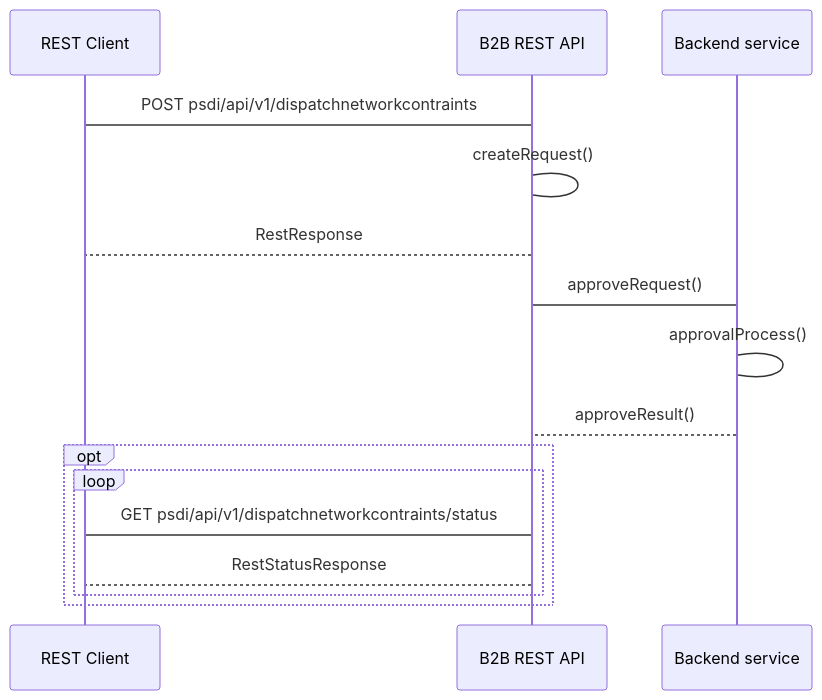
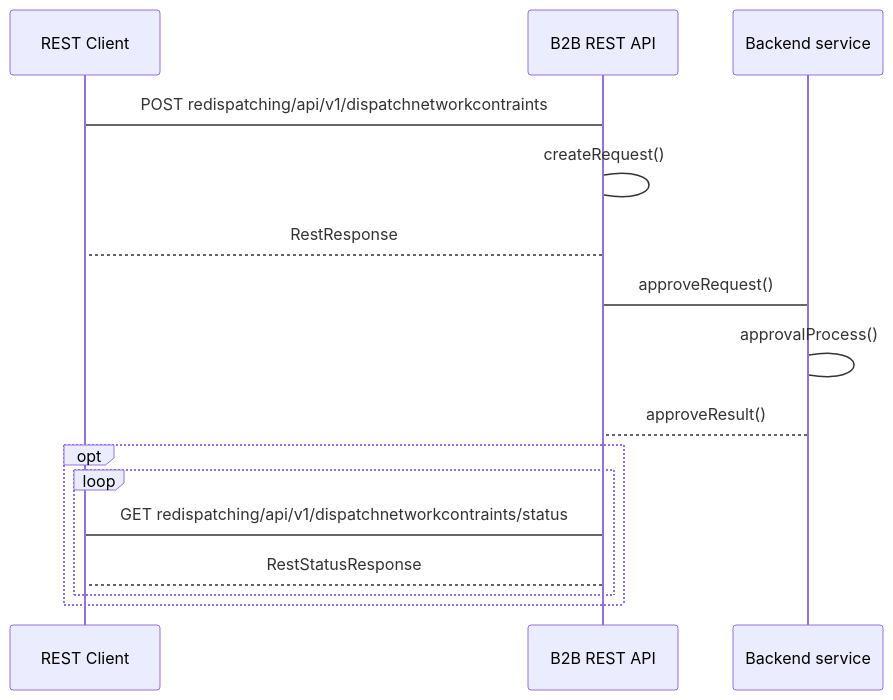
Before and after one commit to Polskie-Sieci-Elektroenergetyczne/redispatching-api: the diagram in docs/komunikat informacji o ograniczeniach sieciowych w trakcie redysponowania.md, drawn with Mermaid. The commit also changed other lines of this file and 7 other files, not shown here.

````diff
--- a/docs/komunikat informacji o ograniczeniach sieciowych w trakcie redysponowania.md
+++ b/docs/komunikat informacji o ograniczeniach sieciowych w trakcie redysponowania.md
@@ -29,18 +29,18 @@
 ```mermaid
 sequenceDiagram
     participant REST Client
     participant B2B REST API
     participant Backend service
-    REST Client->B2B REST API: POST psdi/api/v1/dispatchnetworkcontraints
+    REST Client->B2B REST API: POST redispatching/api/v1/dispatchnetworkcontraints
     B2B REST API->B2B REST API: createRequest()
     B2B REST API-->REST Client: RestResponse
     B2B REST API->Backend service: approveRequest()
     Backend service->Backend service: approvalProcess()
     Backend service-->B2B REST API: approveResult()        
     opt
       loop  
-        REST Client->B2B REST API: GET psdi/api/v1/dispatchnetworkcontraints/status
+        REST Client->B2B REST API: GET redispatching/api/v1/dispatchnetworkcontraints/status
         B2B REST API-->REST Client: RestStatusResponse
       end
     end  
 ```
````
